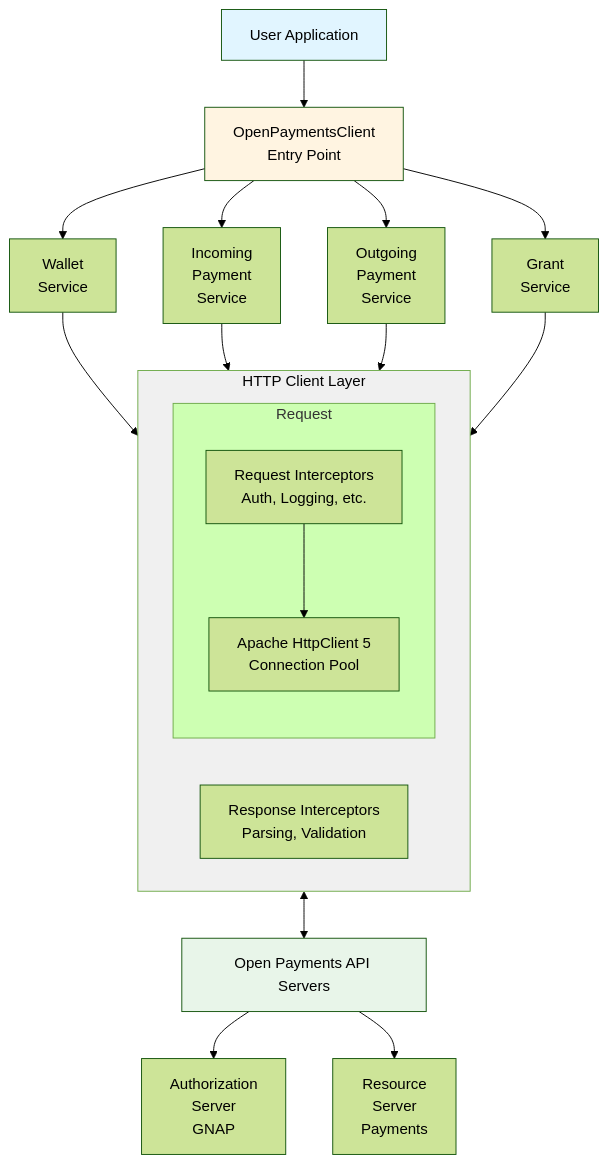
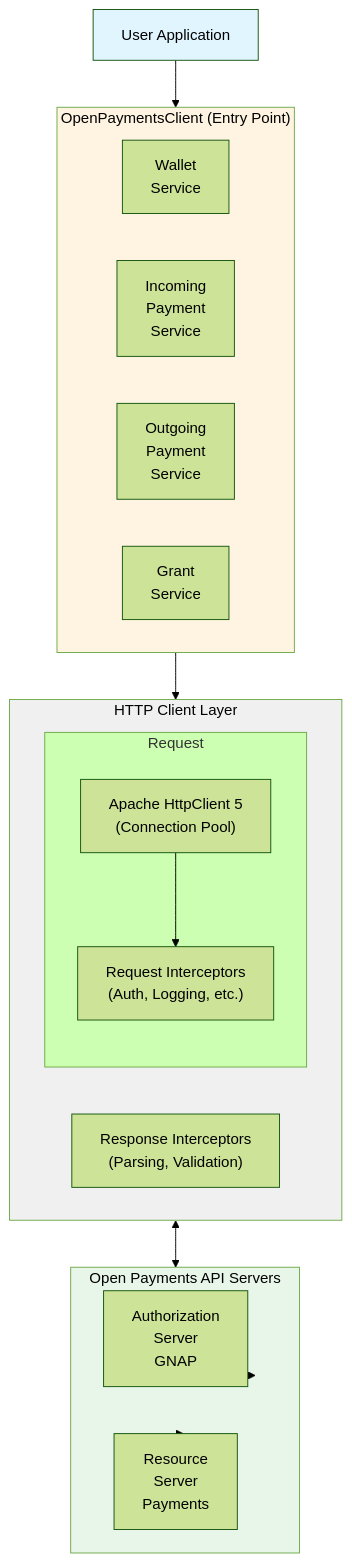
Before and after one commit to boniface/open-payments-java: the first of 5 diagrams in docs/ARCHITECTURE.md, drawn with Mermaid (forest theme). The commit also changed 1 other file, not shown here.

Commit message:
Resolve comments

````diff
--- a/docs/ARCHITECTURE.md
+++ b/docs/ARCHITECTURE.md
@@ -15,43 +15,39 @@
 ```mermaid
 graph TD
     UserApp[User Application]
-    Client[OpenPaymentsClient<br/>Entry Point]
-    WalletService[Wallet<br/>Service]
-    IncomingService[Incoming<br/>Payment<br/>Service]
-    OutgoingService[Outgoing<br/>Payment<br/>Service]
-    GrantService[Grant<br/>Service]
+    
+    subgraph Client["OpenPaymentsClient (Entry Point)"]
+        WalletService[Wallet<br/>Service]
+        IncomingService[Incoming<br/>Payment<br/>Service]
+        OutgoingService[Outgoing<br/>Payment<br/>Service]
+        GrantService[Grant<br/>Service]
+    end
+    
 
     subgraph HTTPLayer[HTTP Client Layer]
         subgraph Request
+            ApacheHTTP["Apache HttpClient 5 <br/>(Connection Pool)"]
+            RequestInt["Request Interceptors <br/>(Auth, Logging, etc.)"]
 
-            RequestInt[Request Interceptors<br/>Auth, Logging, etc.]
-            ApacheHTTP[Apache HttpClient 5<br/>Connection Pool]
-            RequestInt --> ApacheHTTP
+            ApacheHTTP --> RequestInt
         end
-        ResponseInt[Response Interceptors<br/>Parsing, Validation]
+        ResponseInt["Response Interceptors <br/> (Parsing, Validation)"]
+    end
+    
+    subgraph APIServers[Open Payments API Servers]
+        AuthServer[Authorization<br/>Server<br/>GNAP]
+        ResourceServer[Resource<br/>Server<br/>Payments]
     end
 
-    APIServers[Open Payments API Servers]
-    AuthServer[Authorization<br/>Server<br/>GNAP]
-    ResourceServer[Resource<br/>Server<br/>Payments]
-
     UserApp --> Client
-    Client --> WalletService
-    Client --> IncomingService
-    Client --> OutgoingService
-    Client --> GrantService
-
-    WalletService --> HTTPLayer
-    IncomingService --> HTTPLayer
-    OutgoingService --> HTTPLayer
-    GrantService --> HTTPLayer
+    Client --> HTTPLayer
 
     HTTPLayer <--> APIServers
     APIServers --> AuthServer
     APIServers --> ResourceServer
 
     style UserApp fill:#e1f5ff,color:#000
     style Client fill:#fff4e1,color:#000
     style HTTPLayer fill:#f0f0f0,color:#000
     style APIServers fill:#e8f5e9,color:#000
 ```
````
